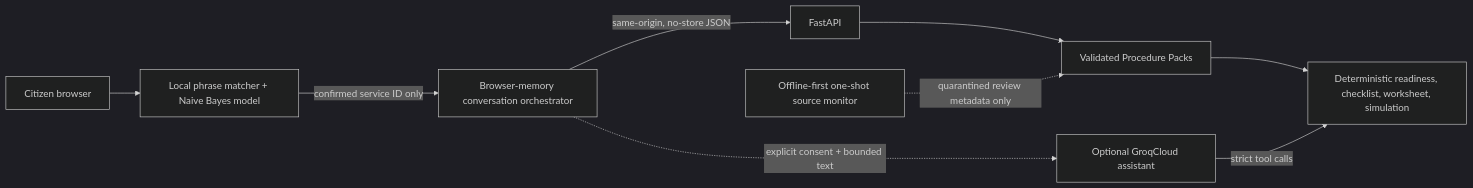
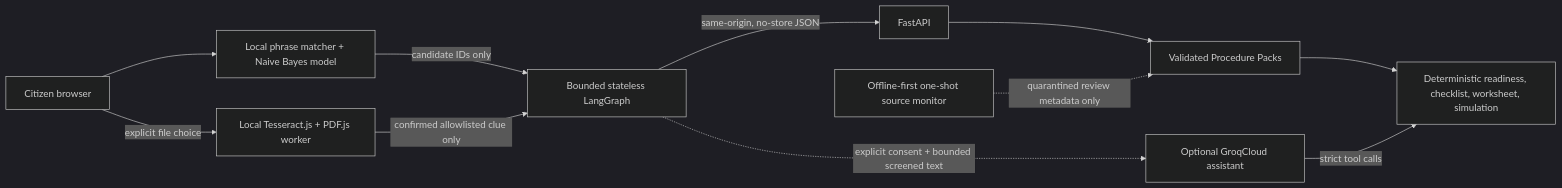
Before and after one commit to ima-a/Sahayi: the diagram in README.md, drawn with Mermaid (dark theme). The commit also changed other lines of this file and 8 other files, not shown here.

Commit message:
docs: document graph and local OCR boundaries

````diff
--- a/README.md
+++ b/README.md
@@ -32,11 +33,13 @@
 ```mermaid
 flowchart LR
     C[Citizen browser] --> L[Local phrase matcher + Naive Bayes model]
-    L -->|confirmed service ID only| UI[Browser-memory conversation orchestrator]
-    UI -->|same-origin, no-store JSON| API[FastAPI]
+    C -->|explicit file choice| OCR[Local Tesseract.js + PDF.js worker]
+    L -->|candidate IDs only| G[Bounded stateless LangGraph]
+    OCR -->|confirmed allowlisted clue only| G
+    G -->|same-origin, no-store JSON| API[FastAPI]
     API --> P[Validated Procedure Packs]
     P --> R[Deterministic readiness, checklist, worksheet, simulation]
-    UI -. explicit consent + bounded text .-> A[Optional GroqCloud assistant]
+    G -. explicit consent + bounded screened text .-> A[Optional GroqCloud assistant]
     A -->|strict tool calls| R
     M[Offline-first one-shot source monitor] -. quarantined review metadata only .-> P
 ```
````
